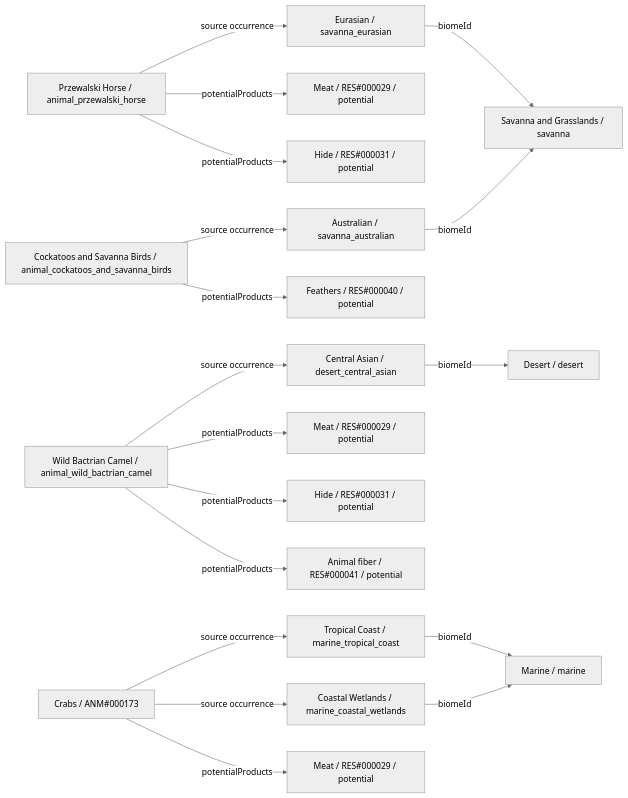
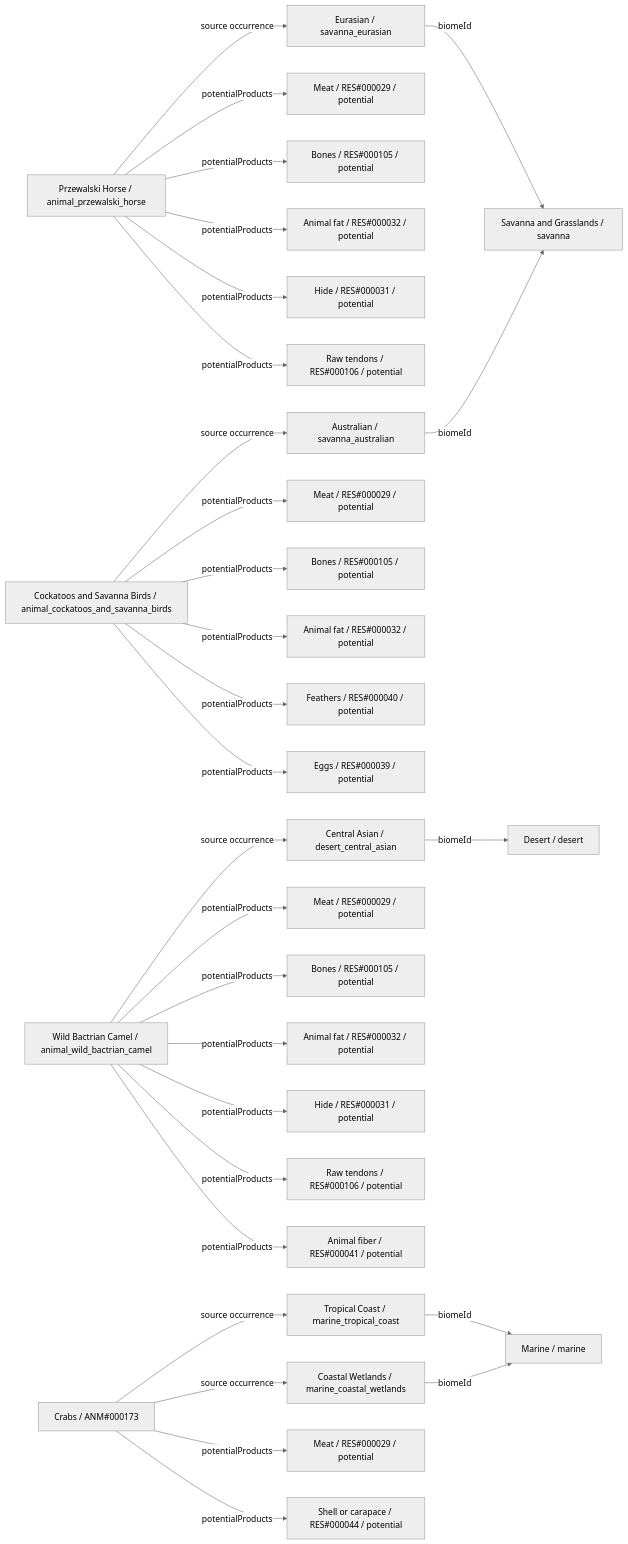
Before and after one commit to fgabo404/EvolveDoc: the fourth of 26 diagrams in data/animals/DIAGRAMS.md, drawn with Mermaid (neutral theme). The commit also changed other lines of this file and 44 other files, not shown here.

````diff
--- a/data/animals/DIAGRAMS.md
+++ b/data/animals/DIAGRAMS.md
@@ -252,39 +330,61 @@
 ```mermaid
 flowchart LR
     c0["Przewalski Horse / animal_przewalski_horse"]
     v13["Eurasian / savanna_eurasian"]
     b3["Savanna and Grasslands / savanna"]
     o0_0["Meat / RES#000029 / potential"]
-    o0_1["Hide / RES#000031 / potential"]
+    o0_1["Bones / RES#000105 / potential"]
+    o0_2["Animal fat / RES#000032 / potential"]
+    o0_3["Hide / RES#000031 / potential"]
+    o0_4["Raw tendons / RES#000106 / potential"]
     c1["Cockatoos and Savanna Birds / animal_cockatoos_and_savanna_birds"]
     v14["Australian / savanna_australian"]
-    o1_0["Feathers / RES#000040 / potential"]
+    o1_0["Meat / RES#000029 / potential"]
+    o1_1["Bones / RES#000105 / potential"]
+    o1_2["Animal fat / RES#000032 / potential"]
+    o1_3["Feathers / RES#000040 / potential"]
+    o1_4["Eggs / RES#000039 / potential"]
     c2["Wild Bactrian Camel / animal_wild_bactrian_camel"]
     v17["Central Asian / desert_central_asian"]
     b4["Desert / desert"]
     o2_0["Meat / RES#000029 / potential"]
-    o2_1["Hide / RES#000031 / potential"]
-    o2_2["Animal fiber / RES#000041 / potential"]
+    o2_1["Bones / RES#000105 / potential"]
+    o2_2["Animal fat / RES#000032 / potential"]
+    o2_3["Hide / RES#000031 / potential"]
+    o2_4["Raw tendons / RES#000106 / potential"]
+    o2_5["Animal fiber / RES#000041 / potential"]
     c3["Crabs / ANM#000173"]
     v19["Tropical Coast / marine_tropical_coast"]
     b5["Marine / marine"]
     v22["Coastal Wetlands / marine_coastal_wetlands"]
     o3_0["Meat / RES#000029 / potential"]
+    o3_1["Shell or carapace / RES#000044 / potential"]
     c0 -->|potentialProducts| o0_0
     c0 -->|potentialProducts| o0_1
+    c0 -->|potentialProducts| o0_2
+    c0 -->|potentialProducts| o0_3
+    c0 -->|potentialProducts| o0_4
     c0 -->|source occurrence| v13
     c1 -->|potentialProducts| o1_0
+    c1 -->|potentialProducts| o1_1
+    c1 -->|potentialProducts| o1_2
+    c1 -->|potentialProducts| o1_3
+    c1 -->|potentialProducts| o1_4
     c1 -->|source occurrence| v14
     c2 -->|potentialProducts| o2_0
     c2 -->|potentialProducts| o2_1
     c2 -->|potentialProducts| o2_2
+    c2 -->|potentialProducts| o2_3
+    c2 -->|potentialProducts| o2_4
+    c2 -->|potentialProducts| o2_5
     c2 -->|source occurrence| v17
     c3 -->|potentialProducts| o3_0
+    c3 -->|potentialProducts| o3_1
     c3 -->|source occurrence| v19
     c3 -->|source occurrence| v22
     v13 -->|biomeId| b3
     v14 -->|biomeId| b3
     v17 -->|biomeId| b4
     v19 -->|biomeId| b5
     v22 -->|biomeId| b5
 ```
````
